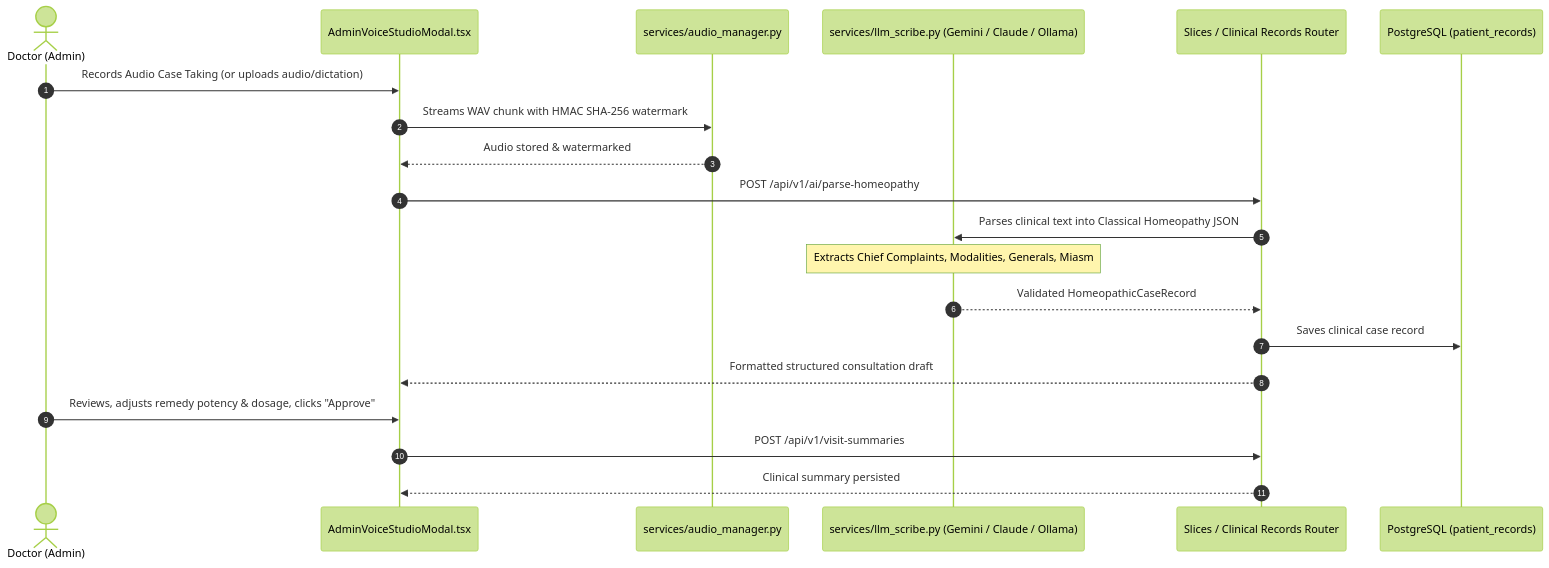
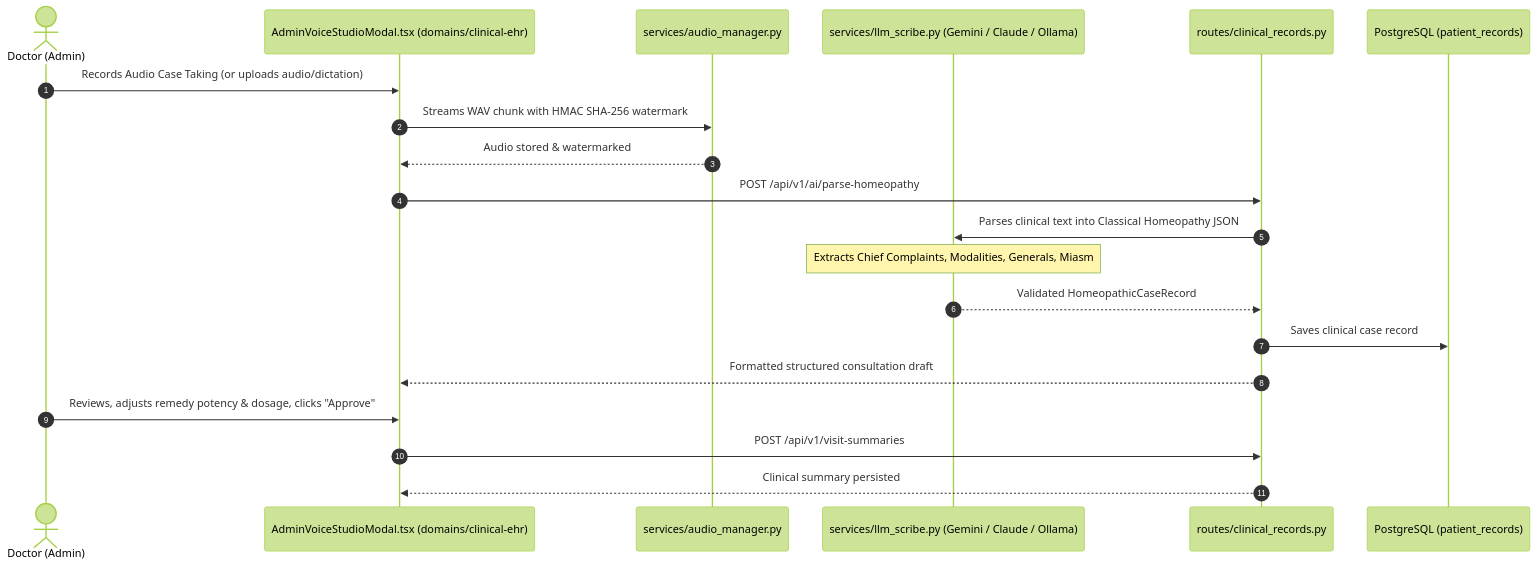
One commit to NITIN0601/Homo_project changed the second of 4 diagrams in doc/WIRING_AND_DATA_FLOW.md. Above: the diagram before and after it, drawn with Mermaid (forest theme). The commit also changed other lines of this file and 5 other files, not shown here.

First line of the commit message:
docs: synchronize HLD, LLD, data flows, cheatsheet, and file hierarchy

````diff
--- a/doc/WIRING_AND_DATA_FLOW.md
+++ b/doc/WIRING_AND_DATA_FLOW.md
@@ -45,23 +45,23 @@
 ```mermaid
 sequenceDiagram
     autonumber
     actor Doctor as Doctor (Admin)
-    participant Modal as AdminVoiceStudioModal.tsx
+    participant Modal as AdminVoiceStudioModal.tsx (domains/clinical-ehr)
     participant Audio as services/audio_manager.py
     participant LLM as services/llm_scribe.py (Gemini / Claude / Ollama)
-    participant Scribe as Slices / Clinical Records Router
+    participant Scribe as routes/clinical_records.py
     participant DB as PostgreSQL (patient_records)
 
     Doctor->>Modal: Records Audio Case Taking (or uploads audio/dictation)
     Modal->>Audio: Streams WAV chunk with HMAC SHA-256 watermark
     Audio-->>Modal: Audio stored & watermarked
     Modal->>Scribe: POST /api/v1/ai/parse-homeopathy
     Scribe->>LLM: Parses clinical text into Classical Homeopathy JSON
     Note over LLM: Extracts Chief Complaints, Modalities, Generals, Miasm
     LLM-->>Scribe: Validated HomeopathicCaseRecord
     Scribe->>DB: Saves clinical case record
     Scribe-->>Modal: Formatted structured consultation draft
     Doctor->>Modal: Reviews, adjusts remedy potency & dosage, clicks "Approve"
     Modal->>Scribe: POST /api/v1/visit-summaries
     Scribe-->>Modal: Clinical summary persisted
 ```
````
